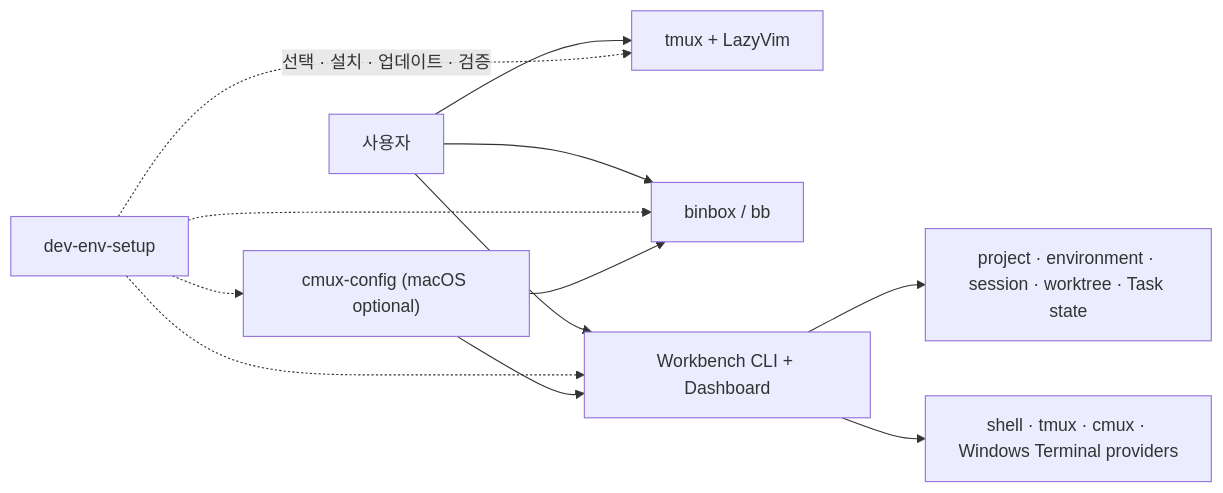
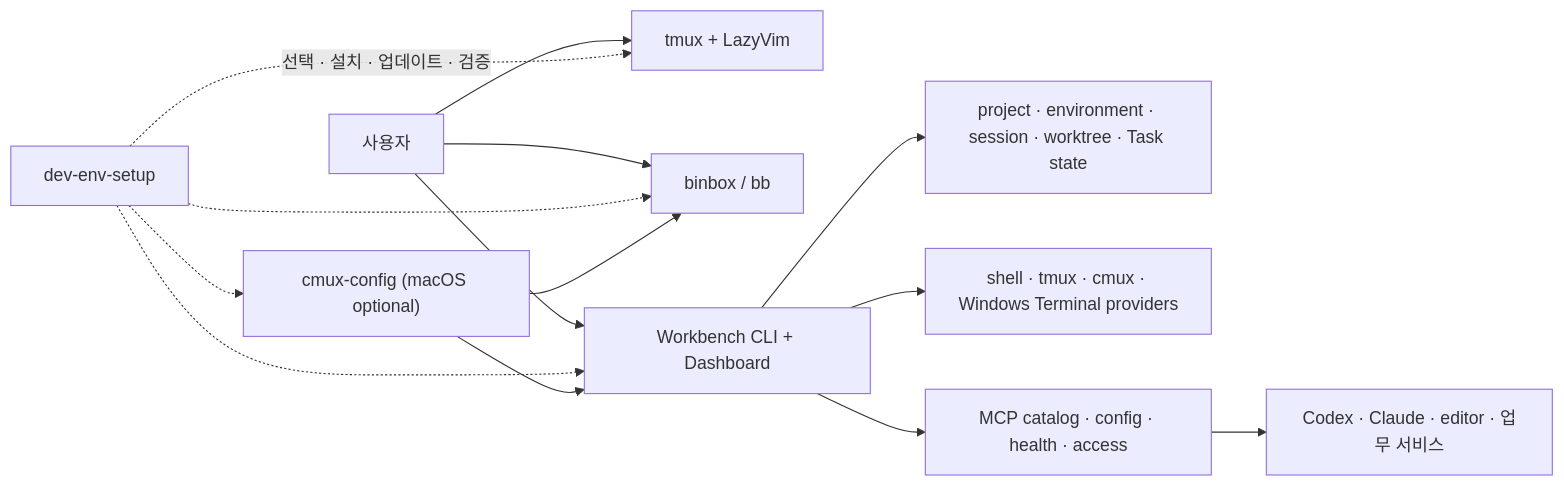
Before and after one commit to jisung9870/dev-env-setup: the diagram in plan/PRODUCT-PLAN.md, drawn with Mermaid. The commit also changed other lines of this file and 3 other files, not shown here.

````diff
--- a/plan/PRODUCT-PLAN.md
+++ b/plan/PRODUCT-PLAN.md
@@ -91,14 +119,16 @@
 ```mermaid
 flowchart LR
     U["사용자"] --> T["tmux + LazyVim"]
     U --> B["binbox / bb"]
     U --> W["Workbench CLI + Dashboard"]
     R["dev-env-setup"] -. "선택 · 설치 · 업데이트 · 검증" .-> T
     R -.-> B
     R -.-> W
     R -.-> C["cmux-config (macOS optional)"]
     W --> S["project · environment · session · worktree · Task state"]
     W --> P["shell · tmux · cmux · Windows Terminal providers"]
+    W --> M["MCP catalog · config · health · access"]
+    M --> A["Codex · Claude · editor · 업무 서비스"]
     C --> B
     C --> W
 ```
````
